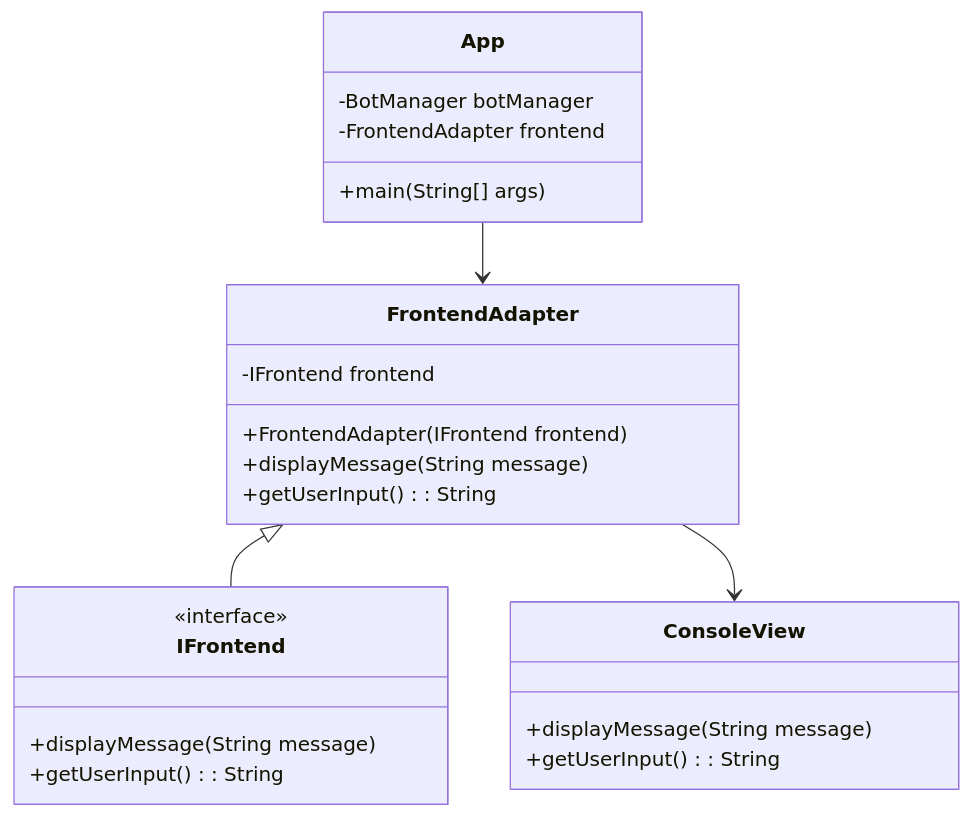
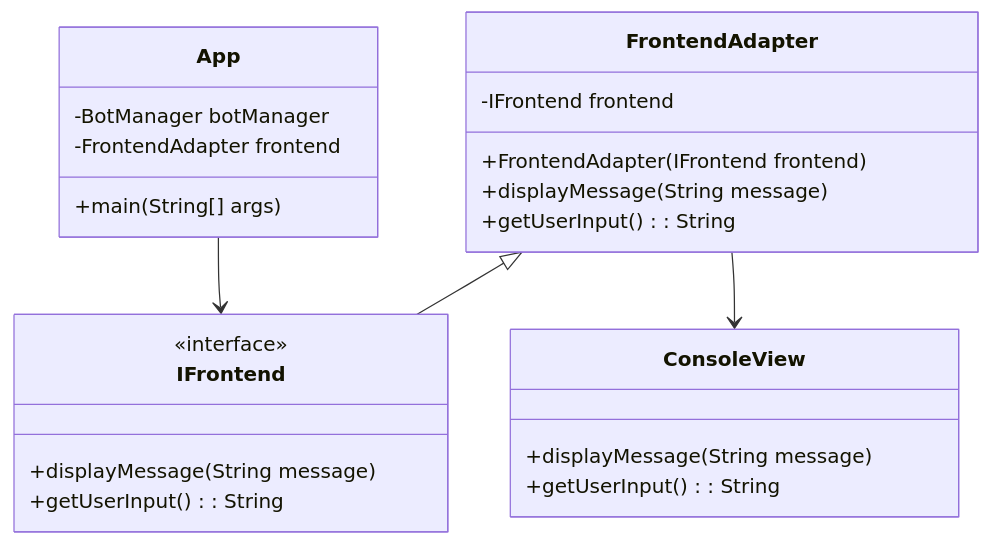
One commit to Connorh1603/Tankstellen-Projektarbeit changed the first of 2 diagrams in documentation/1,9Infrasturktursicht.md. Above: the diagram before and after it, drawn with Mermaid. The commit also changed other lines of this file, not shown here.

Commit message:
Mermaid Anwendungsschicht

````diff
--- a/documentation/1,9Infrasturktursicht.md
+++ b/documentation/1,9Infrasturktursicht.md
@@ -23,28 +23,28 @@
 ```mermaid
 classDiagram
     class App {
         -BotManager botManager
         -FrontendAdapter frontend
         +main(String[] args)
     }
     class IFrontend {
         <<interface>>
         +displayMessage(String message)
         +getUserInput(): String
     }
 
     class ConsoleView {
         +displayMessage(String message)
         +getUserInput(): String
     }
      class FrontendAdapter {
         -IFrontend frontend
         +FrontendAdapter(IFrontend frontend)
         +displayMessage(String message)
         +getUserInput(): String
     }
 
-    App --> FrontendAdapter
+    App --> IFrontend
     FrontendAdapter <|-- IFrontend
     FrontendAdapter --> ConsoleView
 ```
````
